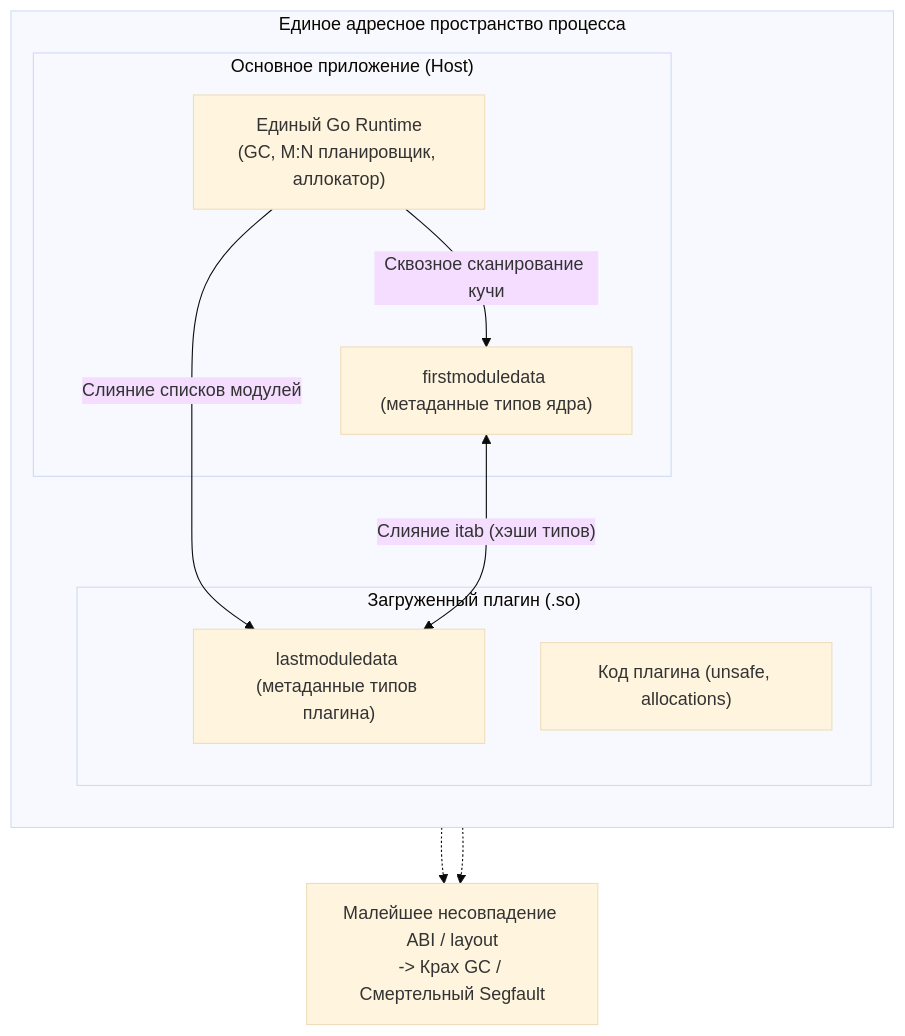
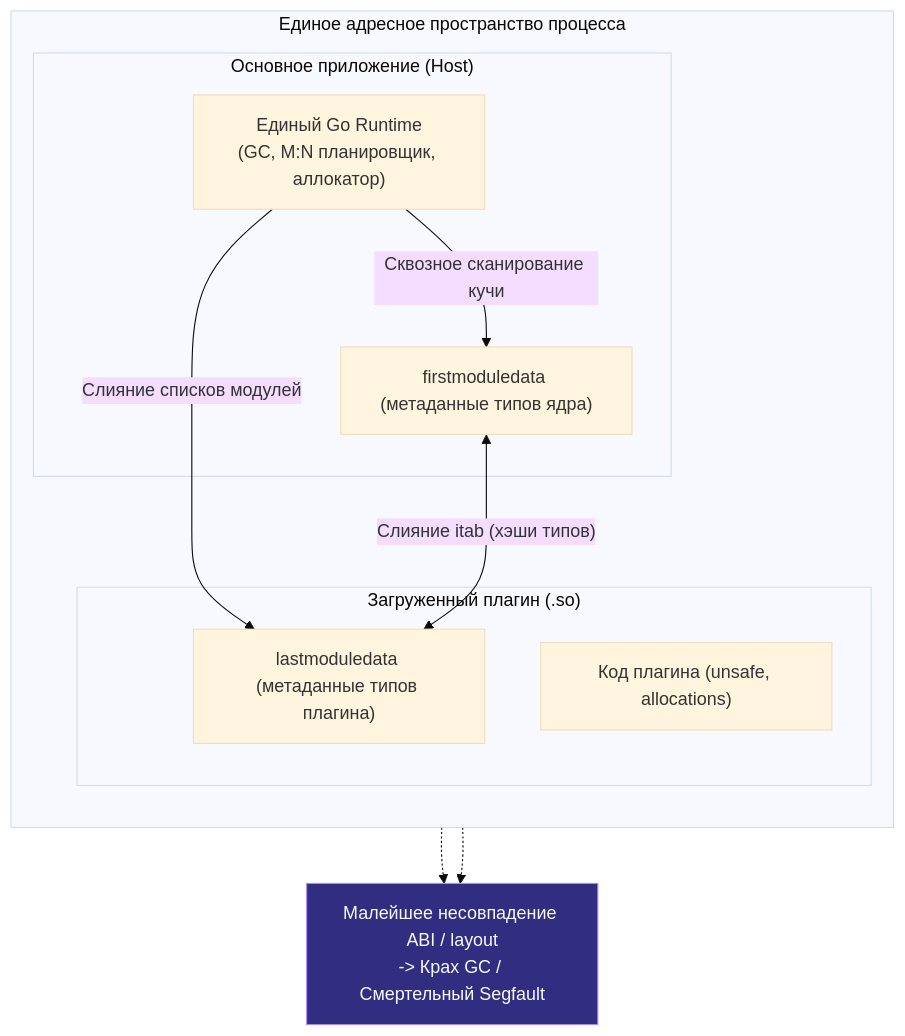
One commit to UnrealTemplier/go-textbook changed the first of 2 diagrams in sources/7. Глубокий Go (Внутреннее устройство)/45. Plugins, Shared Libraries и ограничения Go.md. Above: the diagram before and after it, drawn with Mermaid (base theme). The commit also changed other lines of this file and 1666 other files, not shown here.

First line of the commit message:
feat(mermaid): add semantic color classDef to 1369 colorless flowchart/graph diagrams

````diff
--- a/sources/7. Глубокий Go (Внутреннее устройство)/45. Plugins, Shared Libraries и ограничения Go.md
+++ b/sources/7. Глубокий Go (Внутреннее устройство)/45. Plugins, Shared Libraries и ограничения Go.md
@@ -118,24 +118,34 @@
 ```mermaid
 flowchart TD
+    classDef process  fill:#1e293b,stroke:#38bdf8,stroke-width:1px,color:#f8fafc
+    classDef success  fill:#064e3b,stroke:#34d399,stroke-width:1px,color:#f8fafc
+    classDef error    fill:#7f1d1d,stroke:#f87171,stroke-width:1px,color:#f8fafc
+    classDef warning  fill:#78350f,stroke:#fbbf24,stroke-width:1px,color:#f8fafc
+    classDef entry    fill:#1e3a5f,stroke:#38bdf8,stroke-width:2px,color:#f8fafc
+    classDef aux      fill:#334155,stroke:#64748b,stroke-width:1px,color:#f8fafc
+    classDef system   fill:#312e81,stroke:#a78bfa,stroke-width:1px,color:#f8fafc
+    classDef data     fill:#132d29,stroke:#2dd4bf,stroke-width:1px,color:#f8fafc
+    classDef network  fill:#881337,stroke:#fb7185,stroke-width:1px,color:#f8fafc
+    classDef accent   fill:#1e1b4b,stroke:#818cf8,stroke-width:1px,color:#f8fafc
     subgraph PROCESS ["Единое адресное пространство процесса"]
         direction TB
         
         subgraph HOST ["Основное приложение (Host)"]
             RT["Единый Go Runtime<br>(GC, M:N планировщик, аллокатор)"]
             MOD1["firstmoduledata (метаданные типов ядра)"]
         end
         
         subgraph PLUGIN ["Загруженный плагин (.so)"]
             MOD2["lastmoduledata (метаданные типов плагина)"]
             CODE["Код плагина (unsafe, allocations)"]
         end
         
         RT -->|"Сквозное сканирование кучи"| MOD1
         RT -->|"Слияние списков модулей"| MOD2
         MOD1 <-->|"Слияние itab (хэши типов)"| MOD2
     end
     
-    FAIL["Малейшее несовпадение ABI / layout<br>-> Крах GC / Смертельный Segfault"]
+    FAIL["Малейшее несовпадение ABI / layout<br>-> Крах GC / Смертельный Segfault"]:::system
     MOD1 -.-> FAIL
     MOD2 -.-> FAIL
 ```
````
